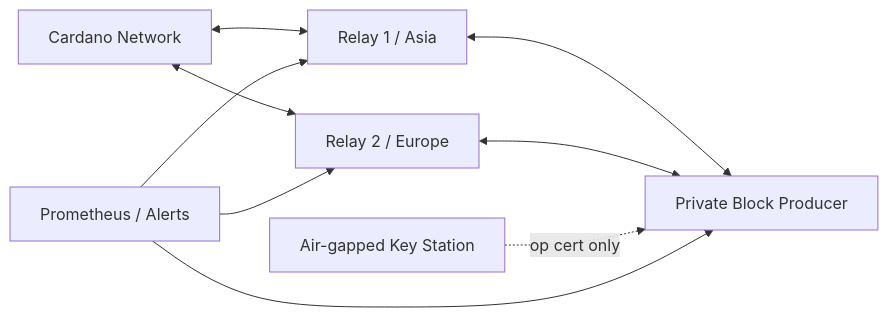
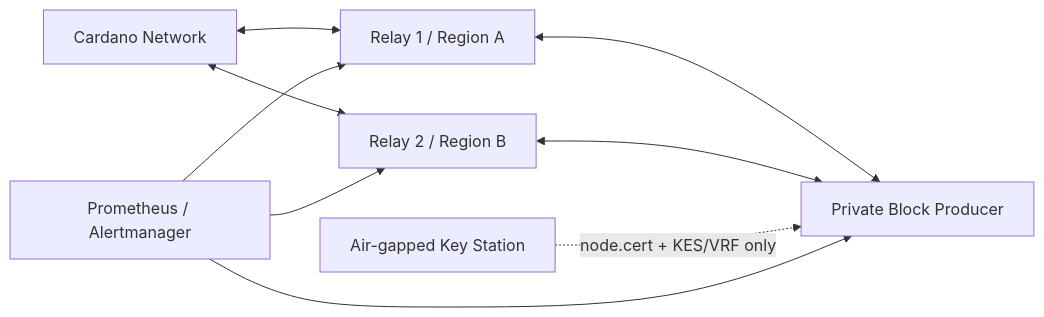
Before and after one commit to doki03164/CARDFI: the diagram in infra/stake-pool/README.md, drawn with Mermaid. The commit also changed other lines of this file and 34 other files, not shown here.

````diff
--- a/infra/stake-pool/README.md
+++ b/infra/stake-pool/README.md
@@ -7,11 +19,11 @@
 ```mermaid
 flowchart LR
-  N[Cardano Network] <--> R1[Relay 1 / Asia]
-  N <--> R2[Relay 2 / Europe]
-  R1 <--> BP[Private Block Producer]
+  C["Cardano Network"] <--> R1["Relay 1 / Region A"]
+  C <--> R2["Relay 2 / Region B"]
+  R1 <--> BP["Private Block Producer"]
   R2 <--> BP
-  AG[Air-gapped Key Station] -. op cert only .-> BP
-  M[Prometheus / Alerts] --> R1
-  M --> R2
-  M --> BP
+  AG["Air-gapped Key Station"] -. "node.cert + KES/VRF only" .-> BP
+  MON["Prometheus / Alertmanager"] --> R1
+  MON --> R2
+  MON --> BP
 ```
````
